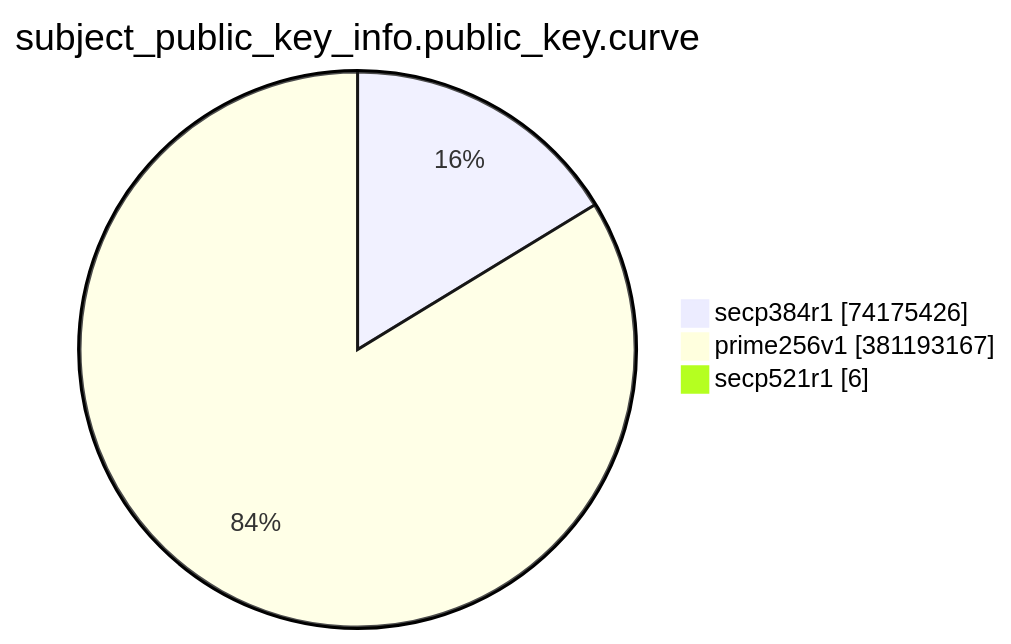
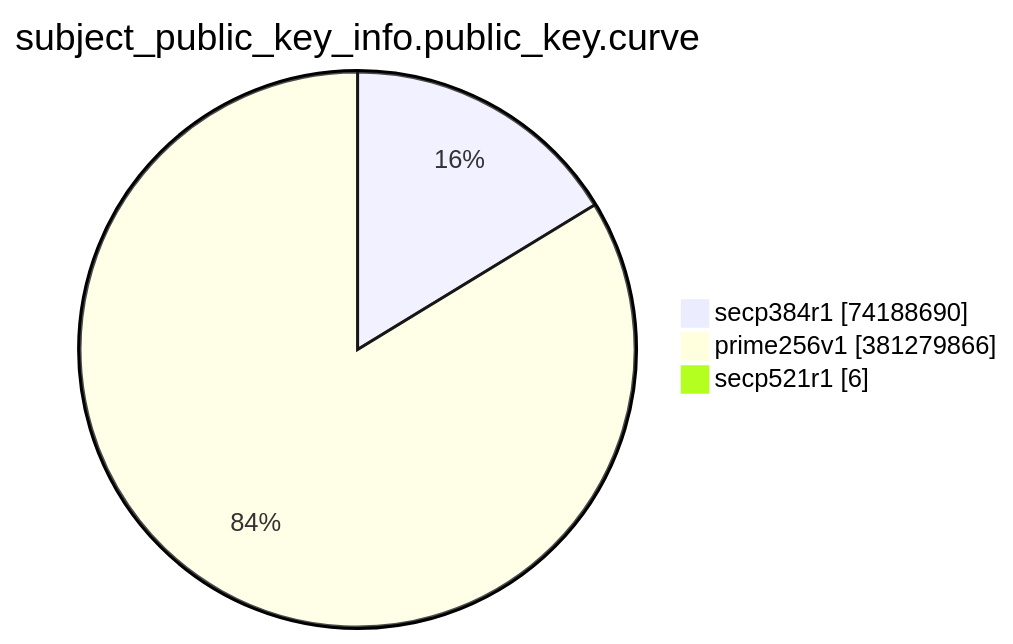
The eighth of 15 diagrams in TOTAL/README.md (christiankrug/ctmonitor_visualization), drawn with Mermaid before and after one commit. The commit also changed other lines of this file, not shown here.

````diff
--- a/TOTAL/README.md
+++ b/TOTAL/README.md
@@ -3094,7 +3094,7 @@
 ```mermaid
 pie showData
 title subject_public_key_info.public_key.curve
-"secp384r1" :74175426
-"prime256v1" :381193167
+"secp384r1" :74188690
+"prime256v1" :381279866
 "secp521r1" :6
 ```
````
